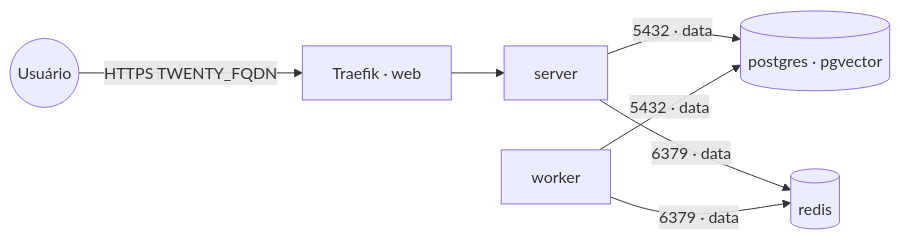
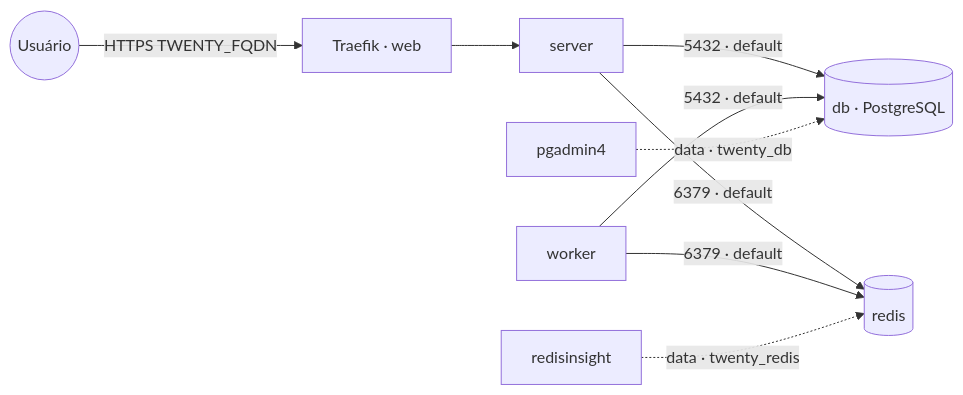
One commit to marcelofmatos/portainer-stacks changed the diagram in twenty/README.md. Above: the diagram before and after it, drawn with Mermaid. The commit also changed other lines of this file and 23 other files, not shown here.

First line of the commit message:
Refactor stacks to use embedded PostgreSQL instead of shared instances

````diff
--- a/twenty/README.md
+++ b/twenty/README.md
@@ -15,9 +19,11 @@
 ```mermaid
 flowchart LR
     user((Usuário)) -->|HTTPS TWENTY_FQDN| traefik[Traefik · web]
     traefik --> server[server]
-    server -->|5432 · data| pg[(postgres · pgvector)]
-    server -->|6379 · data| redis[(redis)]
-    worker -->|5432 · data| pg
-    worker -->|6379 · data| redis
+    server -->|5432 · default| db[(db · PostgreSQL)]
+    server -->|6379 · default| redis[(redis)]
+    worker -->|5432 · default| db
+    worker -->|6379 · default| redis
+    pg[pgadmin4] -.->|data · twenty_db| db
+    ri[redisinsight] -.->|data · twenty_redis| redis
 ```
````
